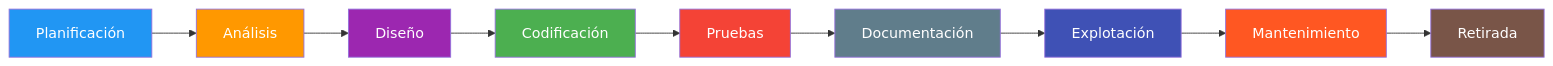
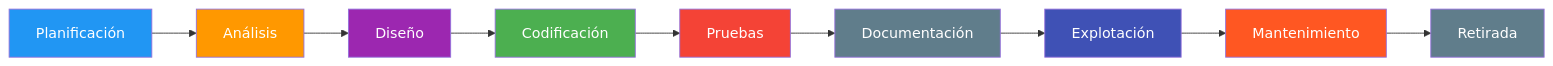
One commit to joseluisgs/EntornosDesarrollo-01-2026-2027 changed the diagram in 03-ciclo-vida.md. Above: the diagram before and after it, drawn with Mermaid. The commit also changed other lines of this file and 8 other files, not shown here.

````diff
--- a/03-ciclo-vida.md
+++ b/03-ciclo-vida.md
@@ -59,21 +59,21 @@
 ```mermaid
 graph LR
     A[Planificación] --> B[Análisis]
     B --> C[Diseño]
     C --> D[Codificación]
     D --> E[Pruebas]
     E --> F[Documentación]
     F --> G[Explotación]
     G --> H[Mantenimiento]
     H --> I[Retirada]
 
     style A fill:#2196F3,color:#fff
     style B fill:#FF9800,color:#fff
     style C fill:#9C27B0,color:#fff
     style D fill:#4CAF50,color:#fff
     style E fill:#f44336,color:#fff
     style F fill:#607D8B,color:#fff
     style G fill:#3F51B5,color:#fff
     style H fill:#FF5722,color:#fff
-    style I fill:#795548,color:#fff
+    style I fill:#607D8B,color:#fff
 ```
````
